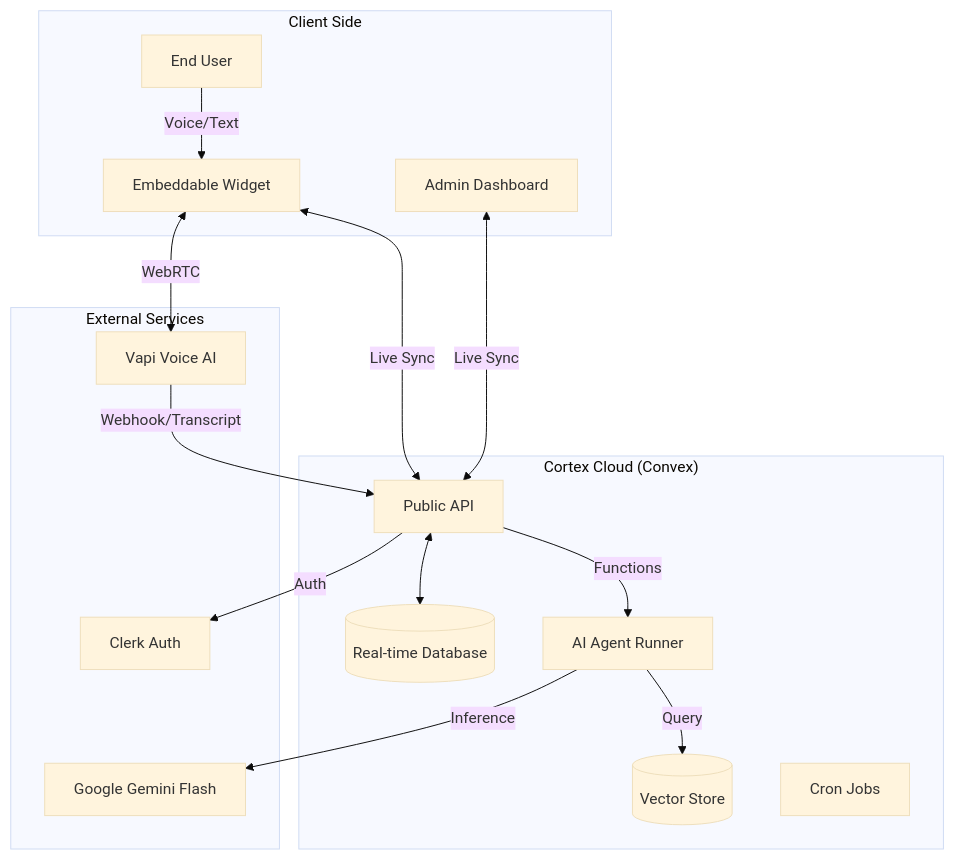
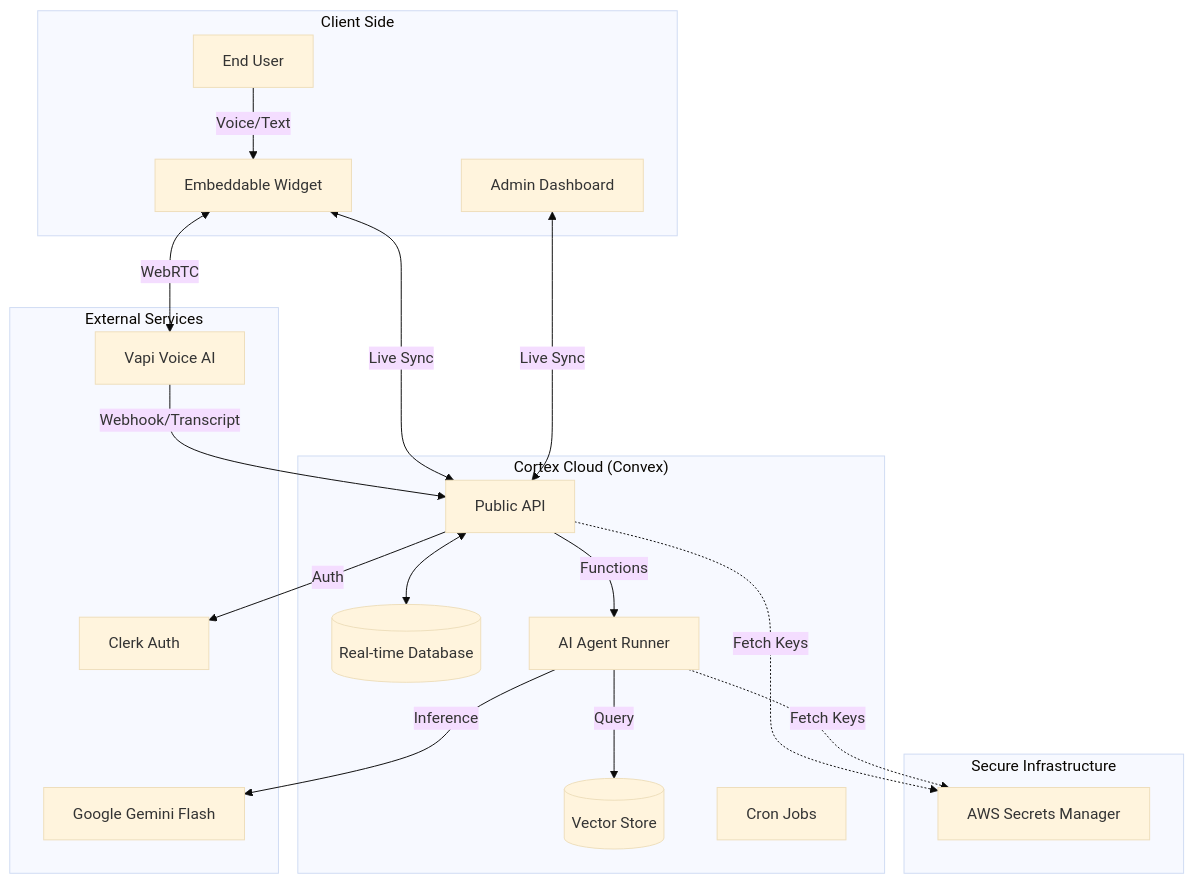
The diagram in README.md (UtkarsHMer05/cortex), drawn with Mermaid (base theme) before and after one commit. The commit also changed other lines of this file, not shown here.

````diff
--- a/README.md
+++ b/README.md
@@ -71,38 +94,46 @@
 ```mermaid
 graph TD
     subgraph "Client Side"
         User[End User]
         Widget[Embeddable Widget]
         Dashboard[Admin Dashboard]
     end
 
     subgraph "Cortex Cloud (Convex)"
         API[Public API]
         DB[(Real-time Database)]
         Agent[AI Agent Runner]
         VectorDB[(Vector Store)]
         Cron[Cron Jobs]
     end
 
+    subgraph "Secure Infrastructure"
+        Secrets[AWS Secrets Manager]
+    end
+
     subgraph "External Services"
         Vapi[Vapi Voice AI]
         Gemini[Google Gemini Flash]
         Clerk[Clerk Auth]
     end
 
     User -->|Voice/Text| Widget
     Widget <-->|Live Sync| API
     Dashboard <-->|Live Sync| API
     
     API <--> DB
     API -->|Auth| Clerk
     
+    %% Secret Management
+    API -.->|Fetch Keys| Secrets
+    Agent -.->|Fetch Keys| Secrets
+
     %% AI Flow
     Agent -->|Query| VectorDB
     Agent -->|Inference| Gemini
     API -->|Functions| Agent
     
     %% Voice Flow
     Widget <-->|WebRTC| Vapi
     Vapi -->|Webhook/Transcript| API
 ```
````
